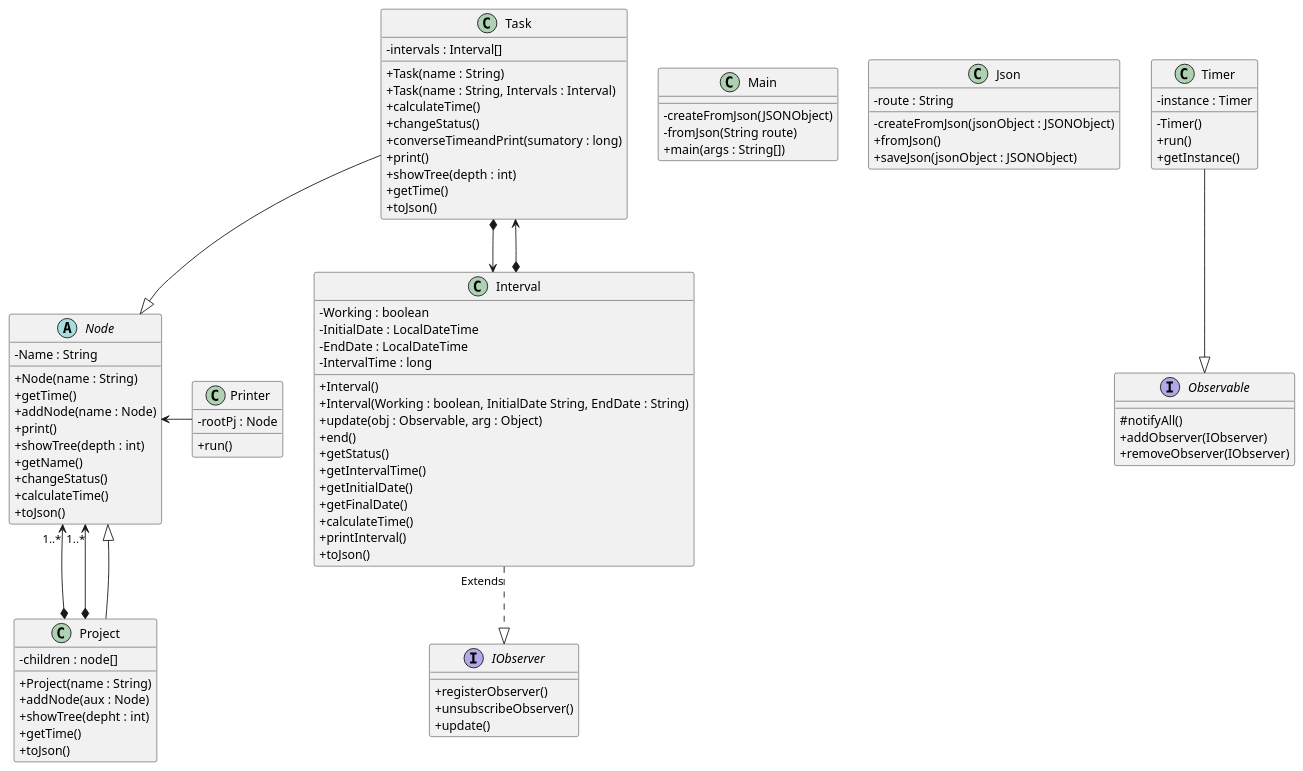
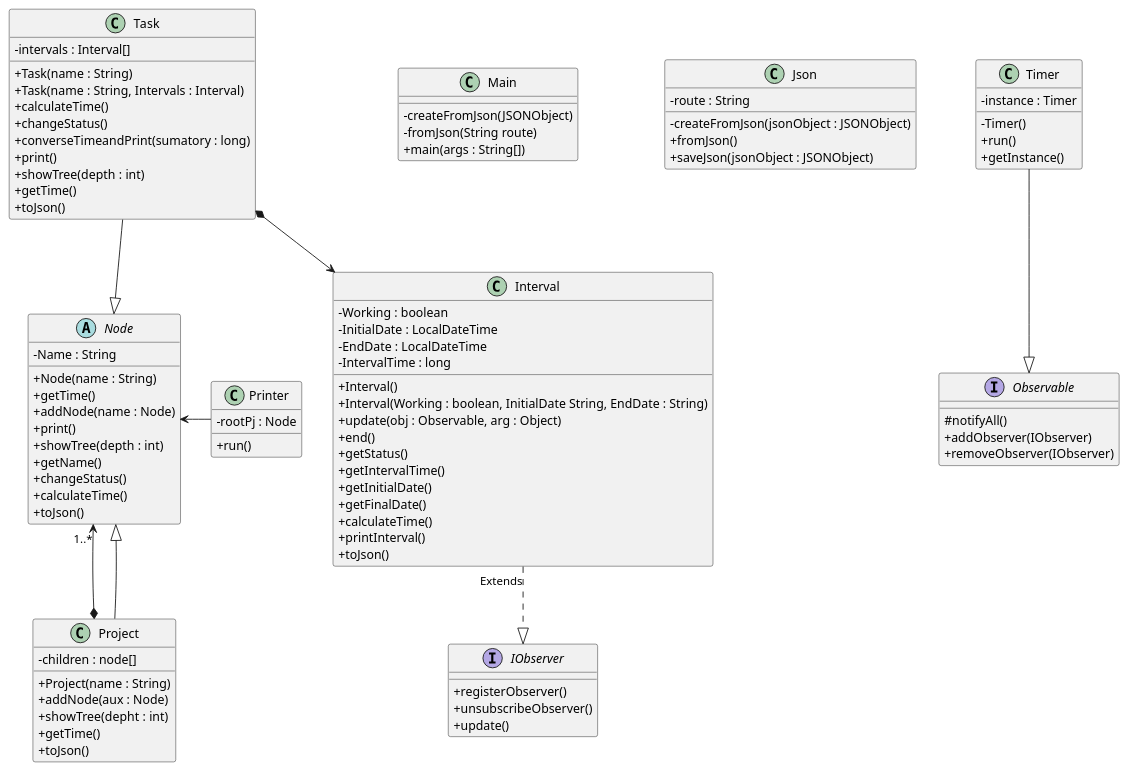
One commit to lluisalonsop/PracticaDS-2021-2022 changed the diagram in model.puml. Above: the diagram before and after it, drawn with PlantUML.

```diff
--- a/model.puml
+++ b/model.puml
@@ -1,104 +1,102 @@
 @startuml
 
 skinparam classAttributeIconSize 0
 
 class Main {
     - createFromJson(JSONObject)
     - fromJson(String route)
     + main(args : String[])
 }
 
 class Json {
     - route : String
     - createFromJson(jsonObject : JSONObject)
     + fromJson()
     + saveJson(jsonObject : JSONObject)
 }
 
 Abstract Node{
     - Name : String
     + Node(name : String)
     + getTime()
     + addNode(name : Node)
     + print()
     + showTree(depth : int)
     + getName()
     + changeStatus()
     + calculateTime()
     + toJson()
 }
 
 class Project {
     - children : node[]
     + Project(name : String)
     + addNode(aux : Node)
     + showTree(depht : int)
     + getTime()
     + toJson()
 }
 
 class Task {
     - intervals : Interval[]
     + Task(name : String) 
     + Task(name : String, Intervals : Interval)
     + calculateTime()
     + changeStatus()
     + converseTimeandPrint(sumatory : long)
     + print()
     + showTree(depth : int)
     + getTime()
     + toJson()
 }
 class Interval{
     - Working : boolean
     - InitialDate : LocalDateTime
     - EndDate : LocalDateTime
     - IntervalTime : long
     + Interval()
     + Interval(Working : boolean, InitialDate String, EndDate : String)
     + update(obj : Observable, arg : Object)
     + end()
     + getStatus()
     + getIntervalTime()
     + getInitialDate()
     + getFinalDate()
     + calculateTime()
     + printInterval()
     + toJson()
 }
 
 Interface Observable{
     #notifyAll()
     +addObserver(IObserver)
     +removeObserver(IObserver)
 }
 
 class Timer{
     - instance : Timer
     - Timer()
     + run()
     + getInstance()
 }
 
 class Printer{
     -rootPj : Node
     + run()
 }
 
 Interface (IObserver){
     +registerObserver()
     +unsubscribeObserver()
     +update()
 }
 
 Task *--> Interval
 Project *-up-> "1..*" Node
 
-Interval *--> Task
-Project *-up-> "1..*" Node
 Task -down-|> Node
 Project -up-|> Node
 Timer --|> Observable
 Interval "Extends" ..|> IObserver
 Printer -> Node
 @enduml
```
